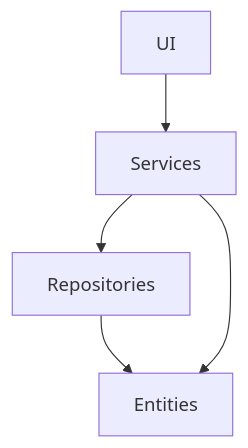
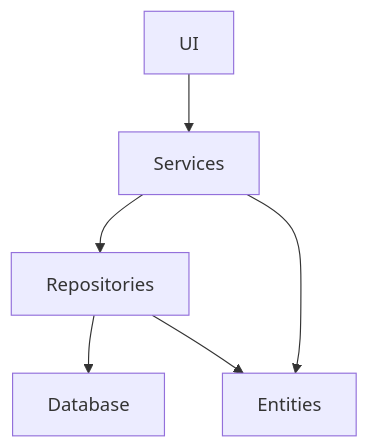
The diagram in dokumentaatio/arkkitehtuuri.md (matiashei/ot-harjoitustyo), drawn with Mermaid before and after one commit.

Commit message:
Add database connection to architecture diagram

````diff
--- a/dokumentaatio/arkkitehtuuri.md
+++ b/dokumentaatio/arkkitehtuuri.md
@@ -3,8 +3,9 @@
 ```mermaid
 flowchart TD
 
 A[UI] --> B[Services]
 B --> C[Repositories]
+C --> E[Database]
 C --> D[Entities]
 B --> D
 ```
````
